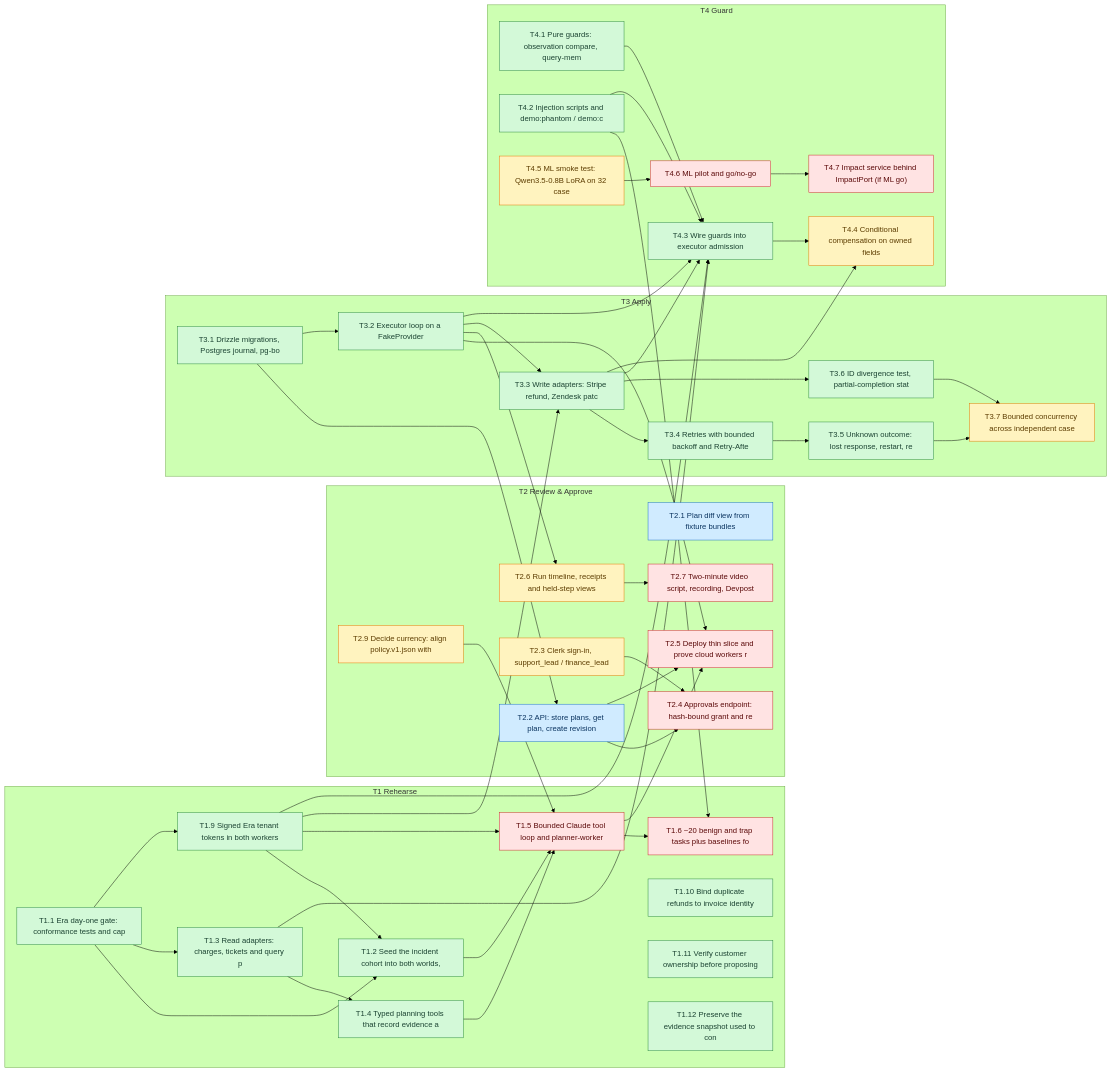
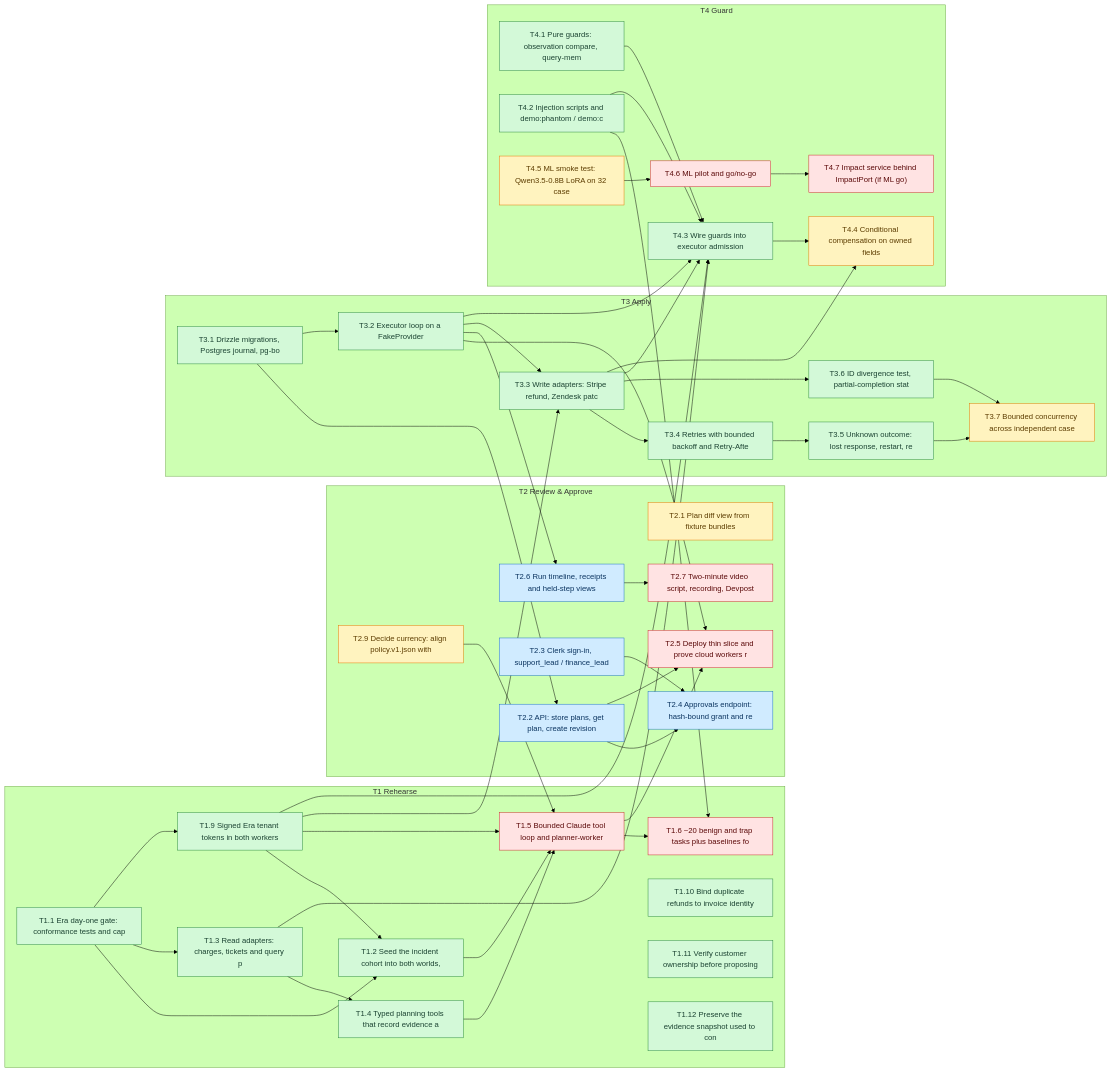
The diagram in BLOCKERS.md (SoroushRF/Rehearsal), drawn with Mermaid (forest theme) before and after one commit. The commit also changed other lines of this file, not shown here.

```diff
--- a/BLOCKERS.md
+++ b/BLOCKERS.md
@@ -104,12 +104,12 @@
     T1_12["T1.12 Preserve the evidence snapshot used to con"]:::done
   end
   subgraph T2[T2 Review & Approve]
-    T2_1["T2.1 Plan diff view from fixture bundles"]:::review
+    T2_1["T2.1 Plan diff view from fixture bundles"]:::ready
     T2_2["T2.2 API: store plans, get plan, create revision"]:::review
-    T2_3["T2.3 Clerk sign-in, support_lead / finance_lead "]:::ready
-    T2_4["T2.4 Approvals endpoint: hash-bound grant and re"]:::blocked
+    T2_3["T2.3 Clerk sign-in, support_lead / finance_lead "]:::review
+    T2_4["T2.4 Approvals endpoint: hash-bound grant and re"]:::review
     T2_5["T2.5 Deploy thin slice and prove cloud workers r"]:::blocked
-    T2_6["T2.6 Run timeline, receipts and held-step views "]:::ready
+    T2_6["T2.6 Run timeline, receipts and held-step views "]:::review
     T2_7["T2.7 Two-minute video script, recording, Devpost"]:::blocked
     T2_9["T2.9 Decide currency: align policy.v1.json with "]:::ready
   end
```
